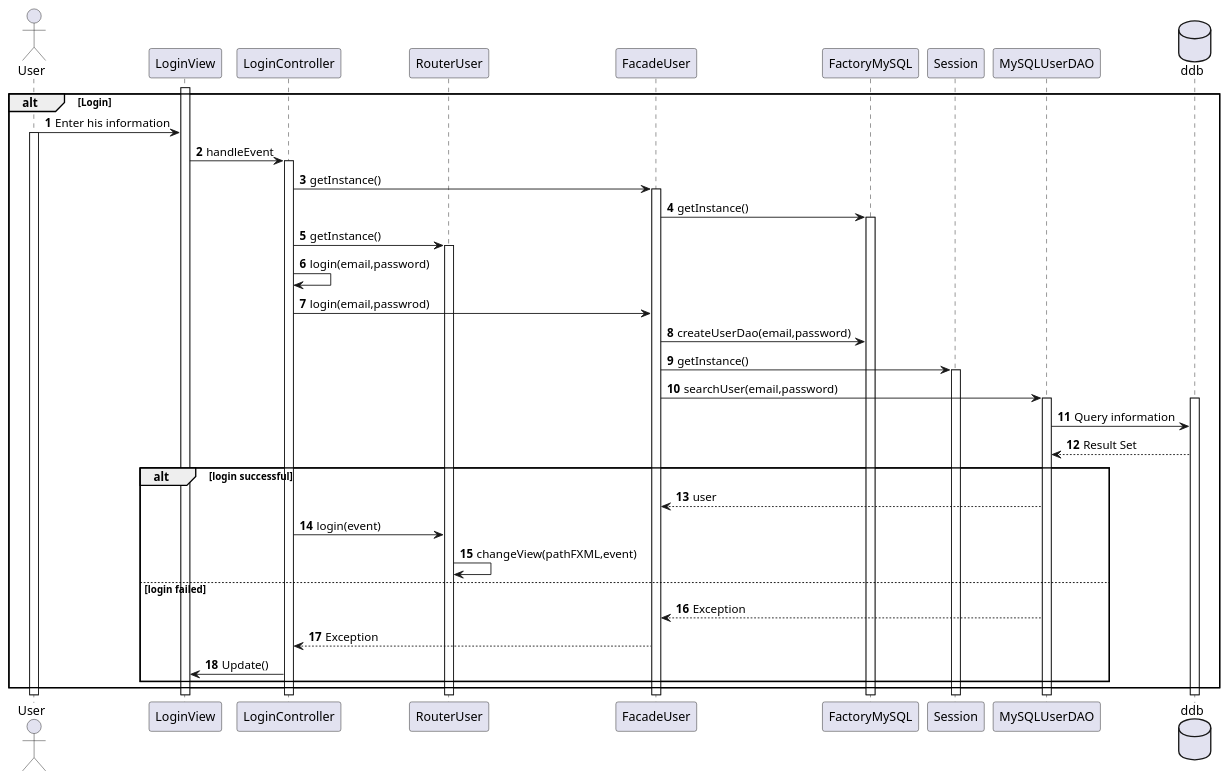
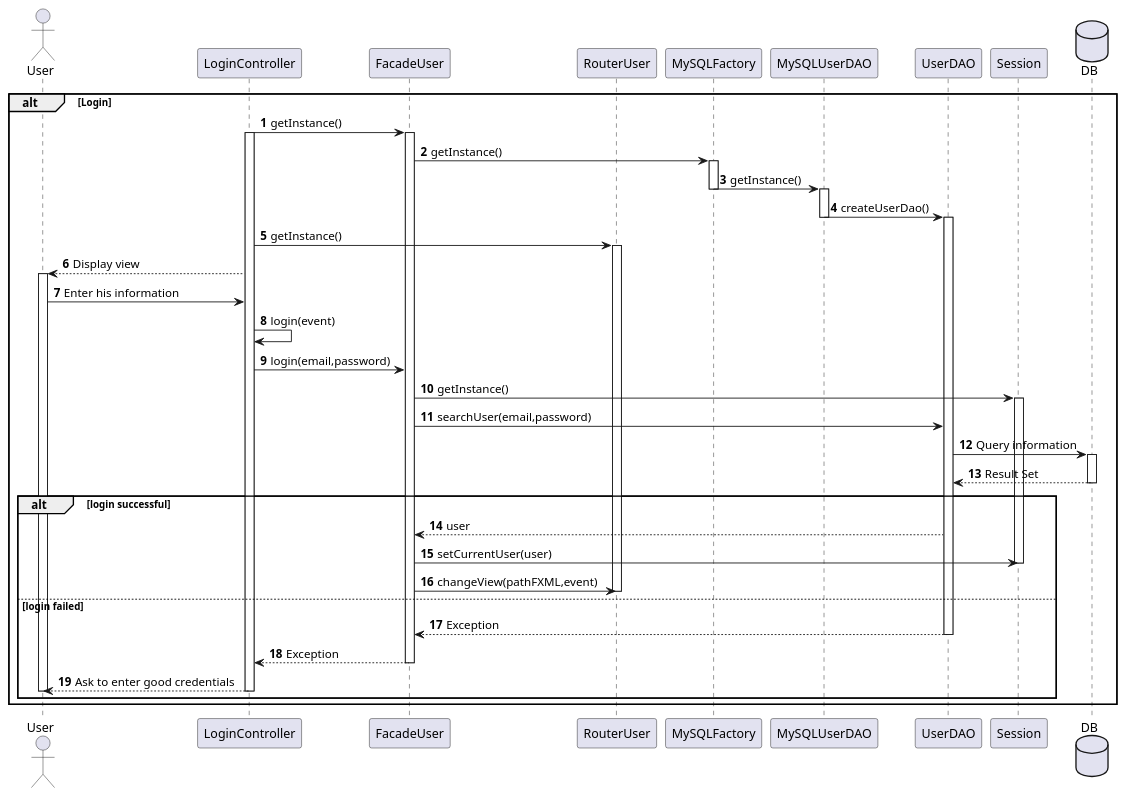
One commit to guiguie34/StudEasy changed the diagram in project_diagrams/sequenceDiagrams/login.puml. Above: the diagram before and after it, drawn with PlantUML. The commit also changed other lines of this file and 4 other files, not shown here.

Commit message:
Fix : sequence diagrams + architecture diagrams

```diff
--- a/project_diagrams/sequenceDiagrams/login.puml
+++ b/project_diagrams/sequenceDiagrams/login.puml
@@ -3,49 +1,53 @@
 @startuml
 
 actor User
 autonumber
-Activate LoginView
 alt Login
-  
-  User -> LoginView : Enter his information
-  activate User
-  
-  LoginView -> LoginController : handleEvent
-  participant RouterUser
-  activate LoginController
-  LoginController -> FacadeUser : getInstance()
-  activate FacadeUser
-  FacadeUser -> FactoryMySQL : getInstance()
-  activate FactoryMySQL
-  LoginController -> RouterUser : getInstance()
-  activate RouterUser
-  LoginController -> LoginController : login(email,password)
-  participant Session
-  LoginController-> FacadeUser : login(email,passwrod)
- 
-  FacadeUser -> FactoryMySQL : createUserDao(email,password)
-  FacadeUser -> Session : getInstance()
-  activate Session
-  FacadeUser -> MySQLUserDAO : searchUser(email,password)
-  activate MySQLUserDAO
-
-  database ddb
-  activate ddb
-  MySQLUserDAO -> ddb : Query information
-  ddb --> MySQLUserDAO : Result Set
-  alt login successful
-    MySQLUserDAO --> FacadeUser : user  
-    LoginController -> RouterUser : login(event)
-    RouterUser -> RouterUser : changeView(pathFXML,event)
-  else login failed
-    MySQLUserDAO --> FacadeUser : Exception
-    FacadeUser --> LoginController : Exception
-    LoginController -> LoginView : Update()
-end
-  
 
 
-  
+    LoginController -> FacadeUser : getInstance()
+    activate LoginController
+    participant RouterUser
+    activate FacadeUser
+    FacadeUser -> MySQLFactory : getInstance()
+    activate MySQLFactory
+    MySQLFactory -> MySQLUserDAO : getInstance()
+    deactivate MySQLFactory
+    activate MySQLUserDAO
+    MySQLUserDAO -> UserDAO : createUserDao()
+    deactivate MySQLUserDAO
+    activate UserDAO
+    LoginController -> RouterUser : getInstance()
+    activate RouterUser
+    LoginController --> User : Display view
+    activate User
+    User -> LoginController : Enter his information
+    LoginController -> LoginController : login(event)
+    participant Session
+    LoginController-> FacadeUser : login(email,password)
+
+    FacadeUser -> Session : getInstance()
+    activate Session
+    FacadeUser -> UserDAO : searchUser(email,password)
+    database DB
+    UserDAO -> DB : Query information
+    activate DB
+    DB --> UserDAO : Result Set
+    deactivate DB
+  alt login successful
+    UserDAO --> FacadeUser : user
+    FacadeUser -> Session : setCurrentUser(user)
+    deactivate Session
+    FacadeUser -> RouterUser : changeView(pathFXML,event)
+    deactivate RouterUser
+  else login failed
+    UserDAO --> FacadeUser : Exception
+    deactivate UserDAO
+    FacadeUser --> LoginController : Exception
+    deactivate FacadeUser
+    LoginController --> User : Ask to enter good credentials
+    deactivate LoginController
+    deactivate User
 end
-
+end
 @enduml
```
